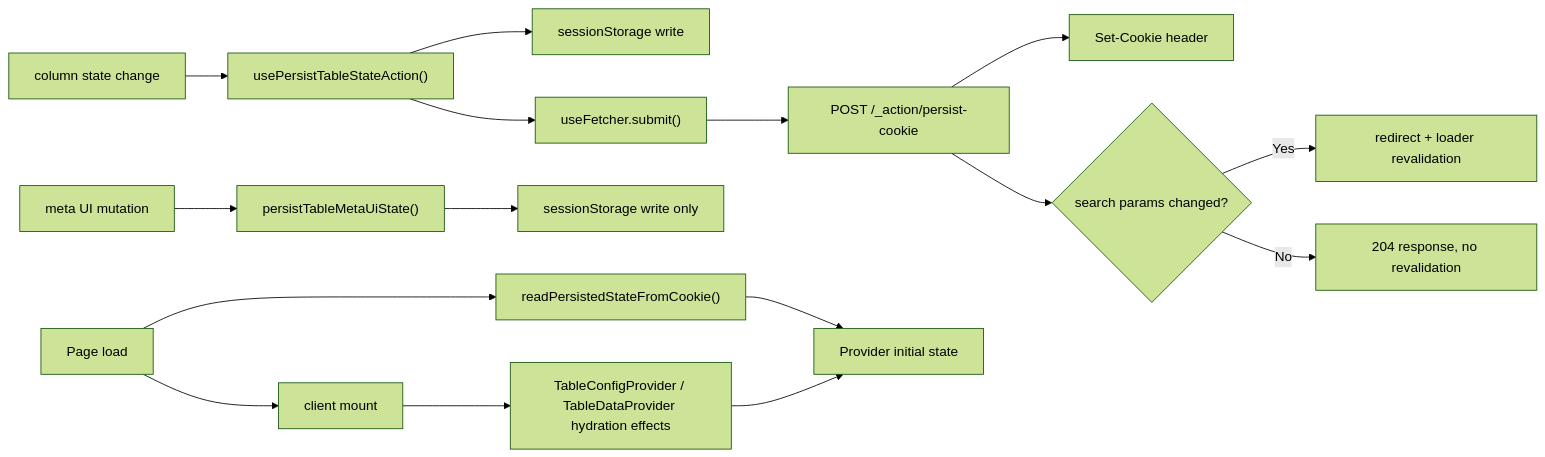
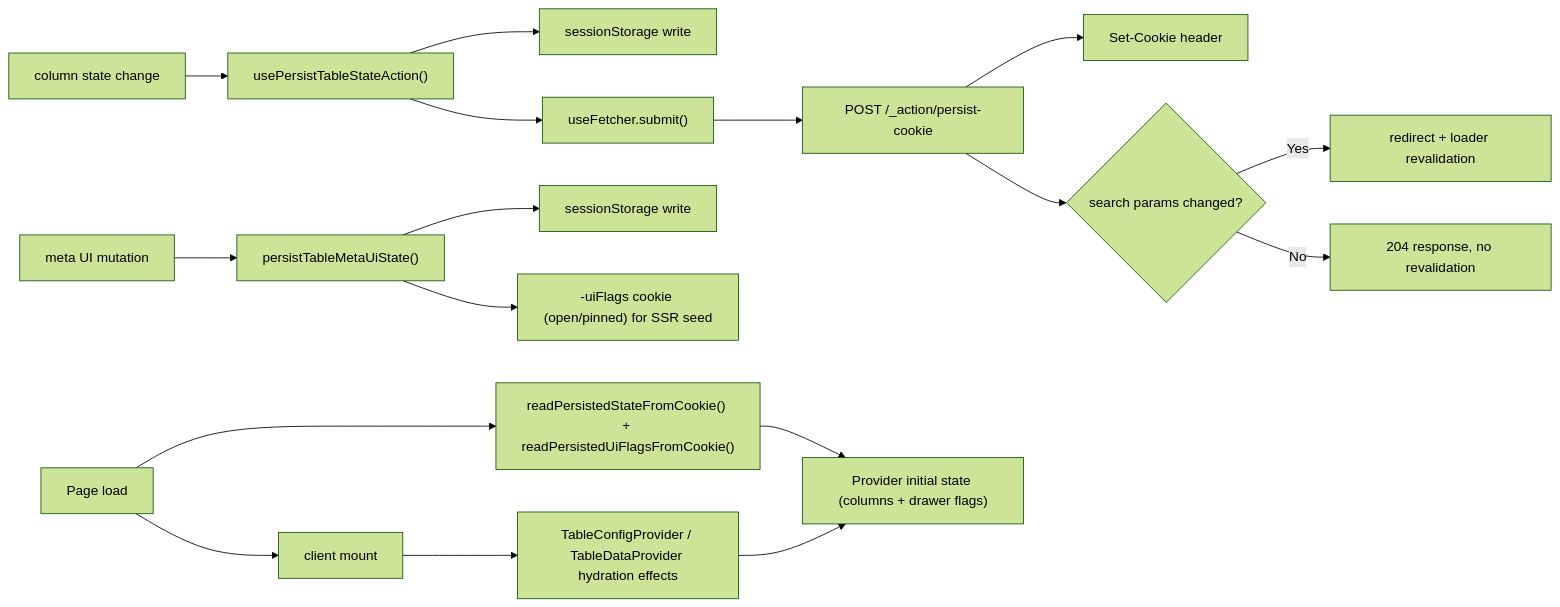
The fourth of 4 diagrams in packages/ui/src/components/Table/ARCHITECTURE.md (luciocabrera/lcabrera-stack), drawn with Mermaid (forest theme) before and after one commit. The commit also changed other lines of this file and 107 other files, not shown here.

First line of the commit message:
feat: add appId scoping for cookie and session storage utilities

````diff
--- a/packages/ui/src/components/Table/ARCHITECTURE.md
+++ b/packages/ui/src/components/Table/ARCHITECTURE.md
@@ -161,20 +166,21 @@
 ```mermaid
 graph LR
   ColumnChange["column state change"] --> ColumnAction["usePersistTableStateAction()"]
   ColumnAction --> ColumnSession["sessionStorage write"]
   ColumnAction --> Fetcher["useFetcher.submit()"]
   Fetcher --> Route["POST /_action/persist-cookie"]
   Route --> Cookie["Set-Cookie header"]
   Route --> Decision{"search params changed?"}
   Decision -->|Yes| Revalidate["redirect + loader revalidation"]
   Decision -->|No| Stable["204 response, no revalidation"]
 
   MetaChange["meta UI mutation"] --> MetaAction["persistTableMetaUiState()"]
-  MetaAction --> MetaSession["sessionStorage write only"]
+  MetaAction --> MetaSession["sessionStorage write"]
+  MetaAction --> MetaFlagsCookie["-uiFlags cookie (open/pinned) for SSR seed"]
 
-  Load["Page load"] --> CookieRead["readPersistedStateFromCookie()"]
-  CookieRead --> Init["Provider initial state"]
+  Load["Page load"] --> CookieRead["readPersistedStateFromCookie() + readPersistedUiFlagsFromCookie()"]
+  CookieRead --> Init["Provider initial state (columns + drawer flags)"]
   Load --> Mount["client mount"]
   Mount --> SessionRead["TableConfigProvider / TableDataProvider hydration effects"]
   SessionRead --> Init
 ```
````
